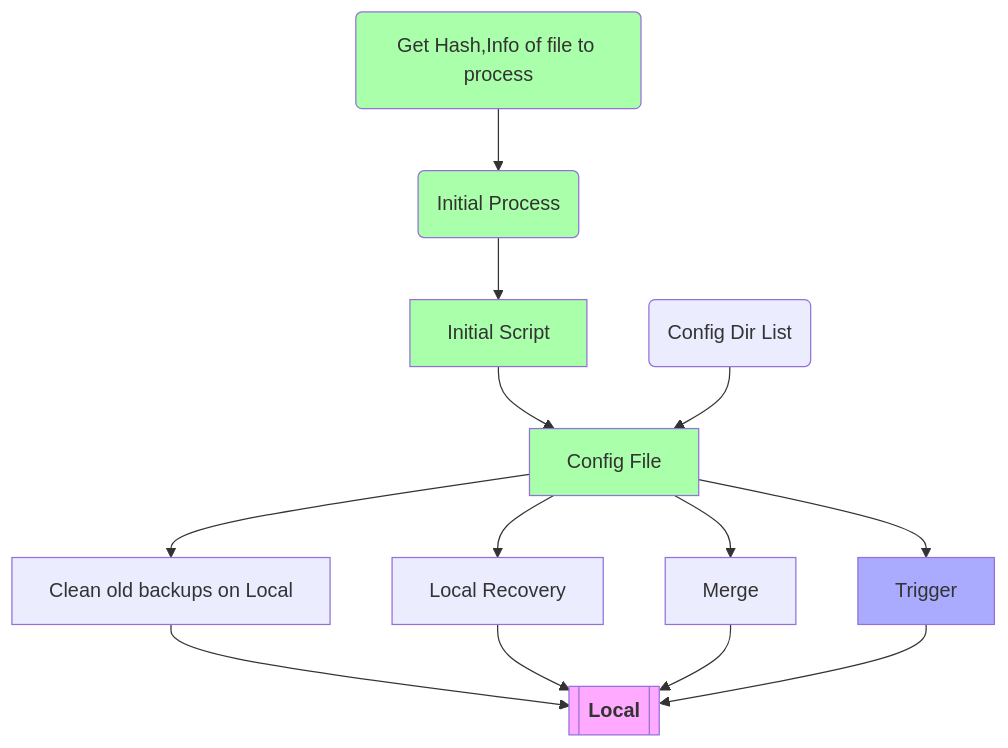
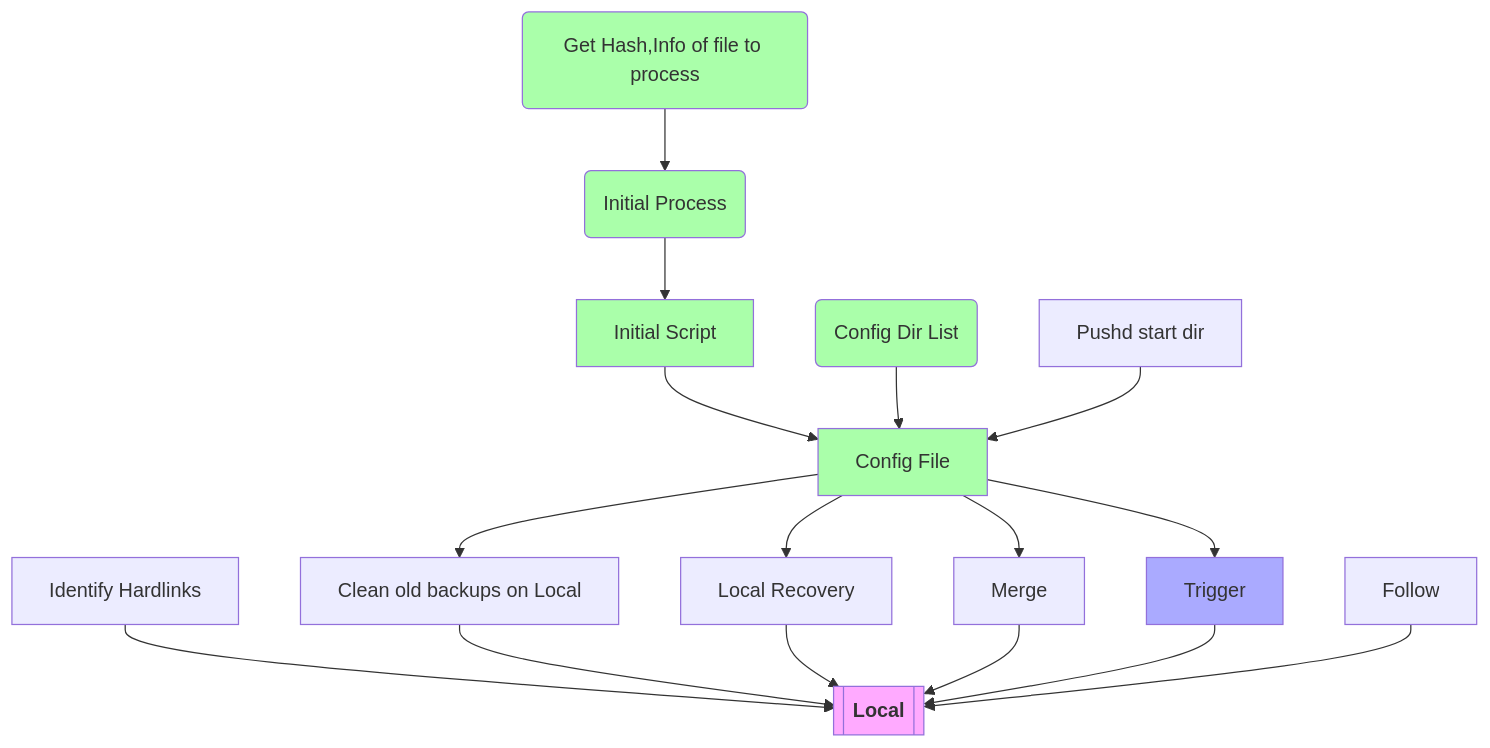
One commit to clintwebb/bakker changed the first of 6 diagrams in notes/plan.md. Above: the diagram before and after it, drawn with Mermaid. The commit also changed 2 other files, not shown here.

Commit message:
adding planned features

````diff
--- a/notes/plan.md
+++ b/notes/plan.md
@@ -3,39 +3,43 @@
 ```mermaid
 flowchart TD;
     %% To mark an item as completed (afa=green, faf=purple, aaf=blue)
     %% style EXAMPLE fill:#afa
 
     %% To provide a link
     %% A[<a href='https://google.com'>works</a>]
     %%--------------
 
     %% Completed (#afa)
     style FEAT_INIT fill:#afa
     style FUNC_HASH fill:#afa
     style FUNC_PROCESS fill:#afa
     style FEAT_CONFIG fill:#afa
+    style FEAT_CONF_DIRLIST fill:#afa
 
     %% Active (#aaf)
     style FEAT_TRIGGER fill:#aaf
 
     FUNC_HASH(Get Hash,Info of file to process) -->
     FUNC_PROCESS(Initial Process) -->
 
     %% Init Script that can handle the basics of local backups.
     FEAT_INIT[Initial Script] --> FEAT_CONFIG
 
     FEAT_CONF_DIRLIST(Config Dir List) --> FEAT_CONFIG
-
-
+    FEAT_ID_HARDLINKS[Identify Hardlinks] --> TARGET
 
     FEAT_CONFIG[Config File] -->
     FEAT_LOCAL_CLEAN[Clean old backups on Local] --> TARGET
     FEAT_CONFIG --> FEAT_LOCAL_RECOVER[Local Recovery] --> TARGET
     FEAT_CONFIG --> FEAT_MERGE[Merge] --> TARGET
 
     %% Trigger is the ability to perform some actions when triggering the backup.
     FEAT_CONFIG --> FEAT_TRIGGER[Trigger] --> TARGET
 
+    FEAT_PUSHD[Pushd start dir] --> FEAT_CONFIG
+    FEAT_FOLLOW[Follow] --> TARGET
+
+
     TARGET[["`**Local**`"]]
     style TARGET fill:#faf
 ```
````
